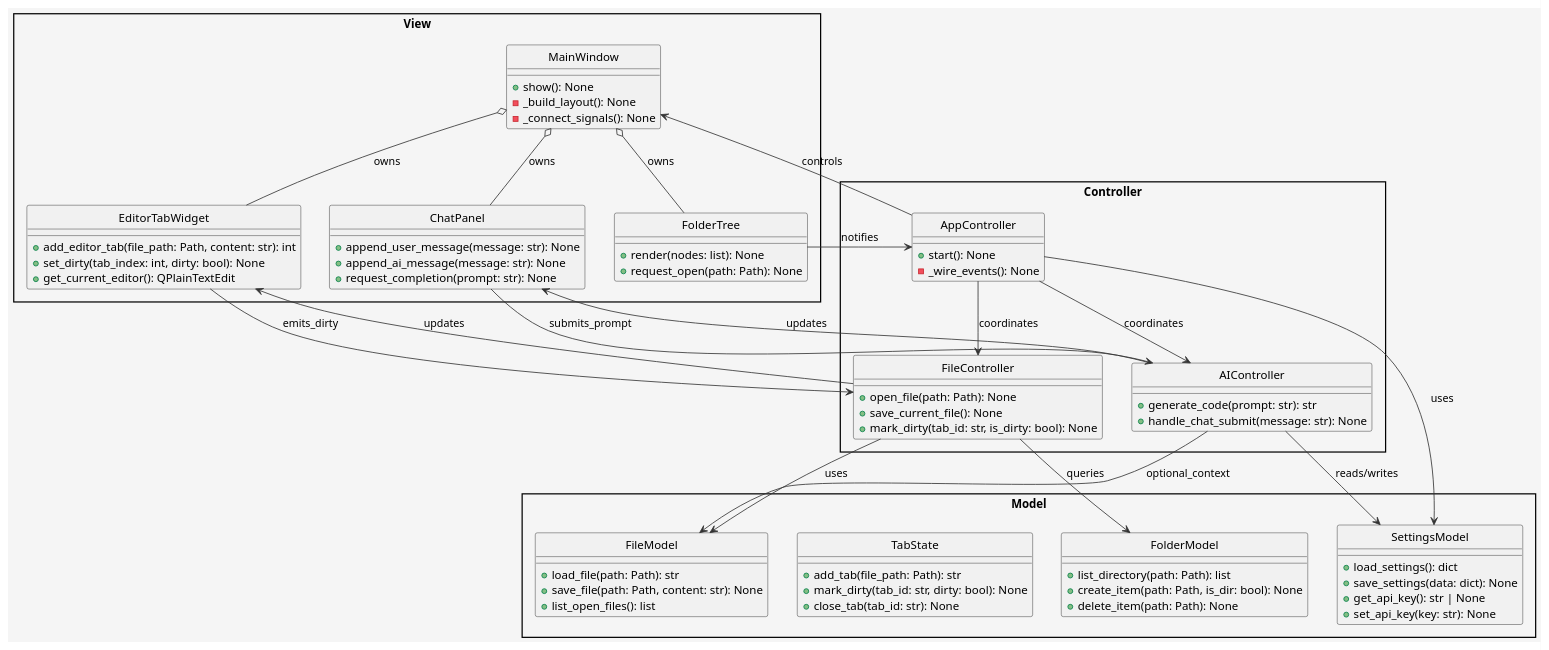
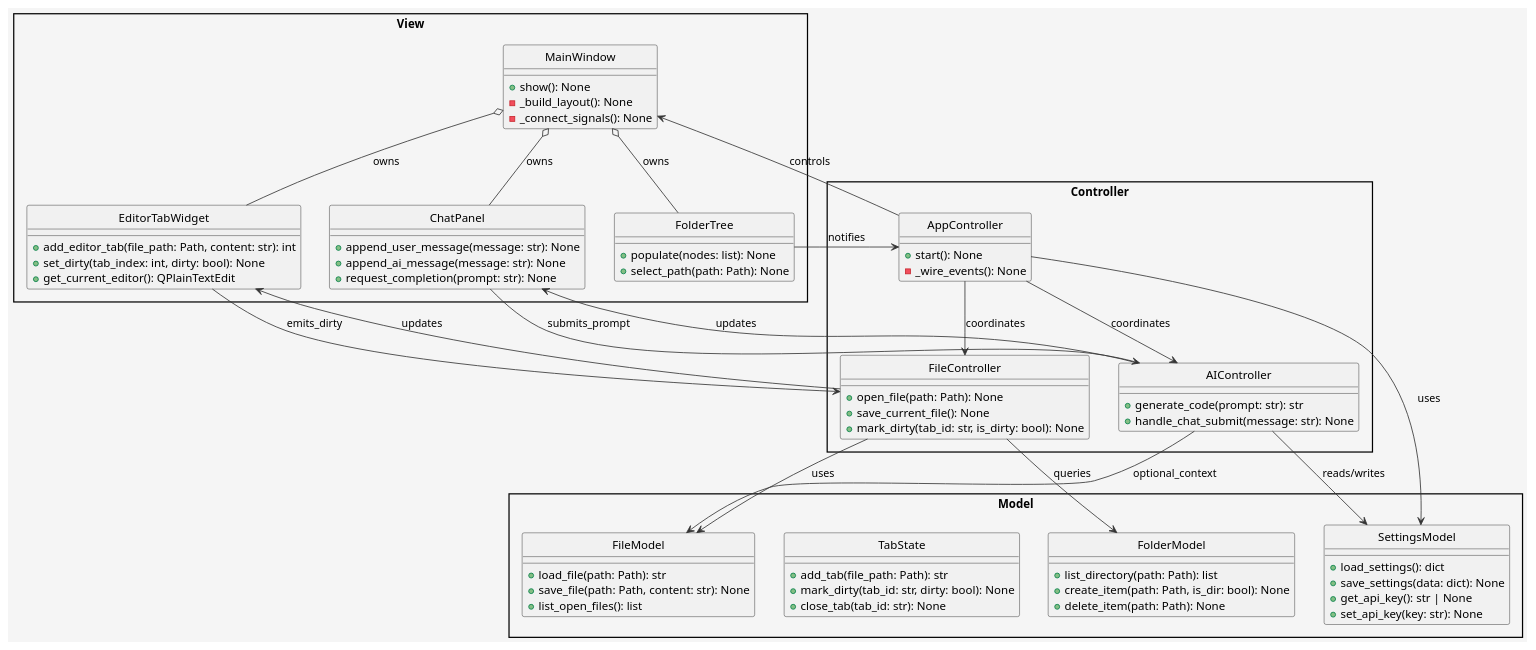
The diagram in design/architecture.puml (tt2tt/my_editor), drawn with PlantUML before and after one commit. The commit also changed 4 other files, not shown here.

```diff
--- a/design/architecture.puml
+++ b/design/architecture.puml
@@ -1,101 +1,101 @@
 @startuml ArchitectureDiagram
 ' MVC構造のクラス図。ControllerがModelとView間の仲介を行う。
 skinparam style strictuml
 skinparam packageStyle rectangle
 skinparam backgroundColor #f5f5f5
 skinparam ArrowColor #333333
 skinparam ArrowThickness 1
 skinparam defaultTextAlignment center
 
 package "Model" {
   class FileModel {
     +load_file(path: Path): str
     +save_file(path: Path, content: str): None
     +list_open_files(): list
   }
 
   class FolderModel {
     +list_directory(path: Path): list
     +create_item(path: Path, is_dir: bool): None
     +delete_item(path: Path): None
   }
 
   class TabState {
     +add_tab(file_path: Path): str
     +mark_dirty(tab_id: str, dirty: bool): None
     +close_tab(tab_id: str): None
   }
 
   class SettingsModel {
     +load_settings(): dict
     +save_settings(data: dict): None
     +get_api_key(): str | None
     +set_api_key(key: str): None
   }
 }
 
 package "View" {
   class MainWindow {
     +show(): None
     -_build_layout(): None
     -_connect_signals(): None
   }
 
   class EditorTabWidget {
     +add_editor_tab(file_path: Path, content: str): int
     +set_dirty(tab_index: int, dirty: bool): None
     +get_current_editor(): QPlainTextEdit
   }
 
   class FolderTree {
-    +render(nodes: list): None
-    +request_open(path: Path): None
+    +populate(nodes: list): None
+    +select_path(path: Path): None
   }
 
   class ChatPanel {
     +append_user_message(message: str): None
     +append_ai_message(message: str): None
     +request_completion(prompt: str): None
   }
 }
 
 package "Controller" {
   class AppController {
     +start(): None
     -_wire_events(): None
   }
 
   class FileController {
     +open_file(path: Path): None
     +save_current_file(): None
     +mark_dirty(tab_id: str, is_dirty: bool): None
   }
 
   class AIController {
     +generate_code(prompt: str): str
     +handle_chat_submit(message: str): None
   }
 }
 
 AppController --> MainWindow : controls
 AppController --> FileController : coordinates
 AppController --> AIController : coordinates
 AppController --> SettingsModel : uses
 
 FileController --> FileModel : uses
 FileController --> EditorTabWidget : updates
 FileController --> FolderModel : queries
 
 AIController --> ChatPanel : updates
 AIController --> SettingsModel : reads/writes
 AIController --> FileModel : optional_context
 
 MainWindow o-- EditorTabWidget : owns
 MainWindow o-- FolderTree : owns
 MainWindow o-- ChatPanel : owns
 
 FolderTree --> AppController : notifies
 EditorTabWidget --> FileController : emits_dirty
 ChatPanel --> AIController : submits_prompt
 
 @enduml
```
